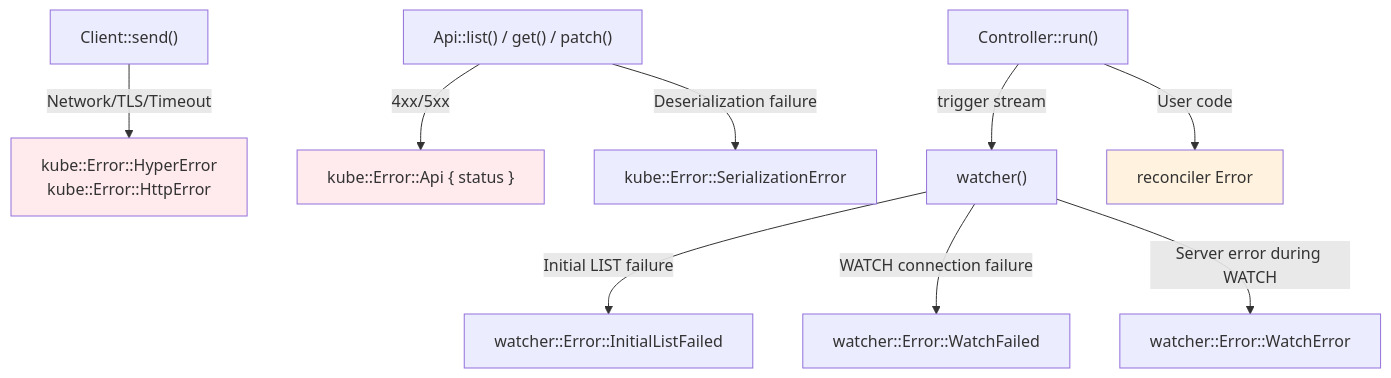
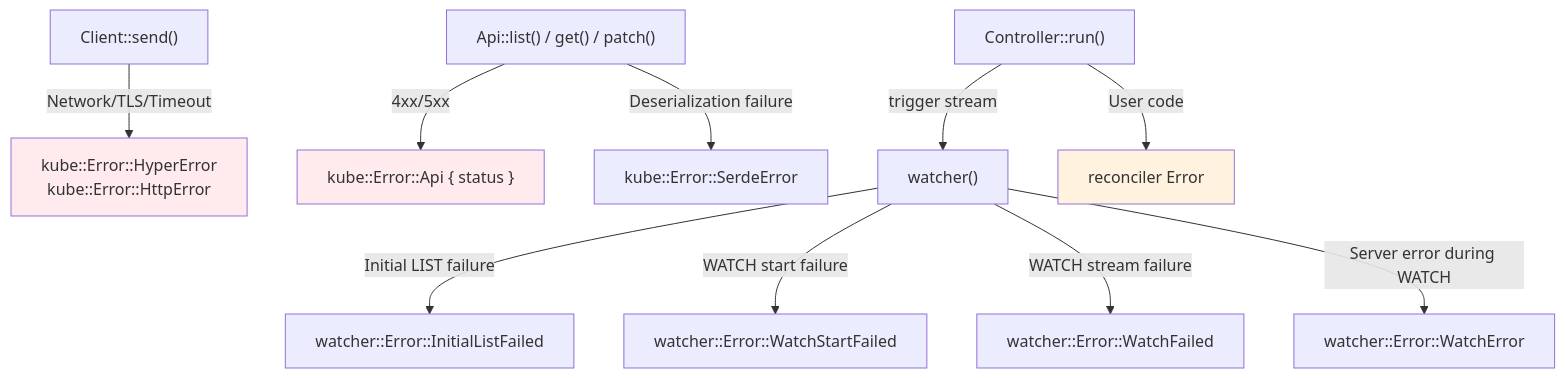
One commit to doxxx93/doxxx.dev changed the diagram in i18n/en/docusaurus-plugin-content-docs/current/kube/patterns/error-handling-and-backoff.md. Above: the diagram before and after it, drawn with Mermaid. The commit also changed other lines of this file and 5 other files, not shown here.

````diff
--- a/i18n/en/docusaurus-plugin-content-docs/current/kube/patterns/error-handling-and-backoff.md
+++ b/i18n/en/docusaurus-plugin-content-docs/current/kube/patterns/error-handling-and-backoff.md
@@ -13,15 +13,16 @@
 ```mermaid
 graph TD
     A["Client::send()"] -->|"Network/TLS/Timeout"| E1["kube::Error::HyperError<br/>kube::Error::HttpError"]
     B["Api::list() / get() / patch()"] -->|"4xx/5xx"| E2["kube::Error::Api { status }"]
-    B -->|"Deserialization failure"| E3["kube::Error::SerializationError"]
+    B -->|"Deserialization failure"| E3["kube::Error::SerdeError"]
     C["watcher()"] -->|"Initial LIST failure"| E4["watcher::Error::InitialListFailed"]
-    C -->|"WATCH connection failure"| E5["watcher::Error::WatchFailed"]
+    C -->|"WATCH start failure"| E5["watcher::Error::WatchStartFailed"]
+    C -->|"WATCH stream failure"| E5b["watcher::Error::WatchFailed"]
     C -->|"Server error during WATCH"| E6["watcher::Error::WatchError"]
     D["Controller::run()"] -->|"trigger stream"| C
     D -->|"User code"| E7["reconciler Error"]
 
     style E1 fill:#ffebee
     style E2 fill:#ffebee
     style E7 fill:#fff3e0
 ```
````
